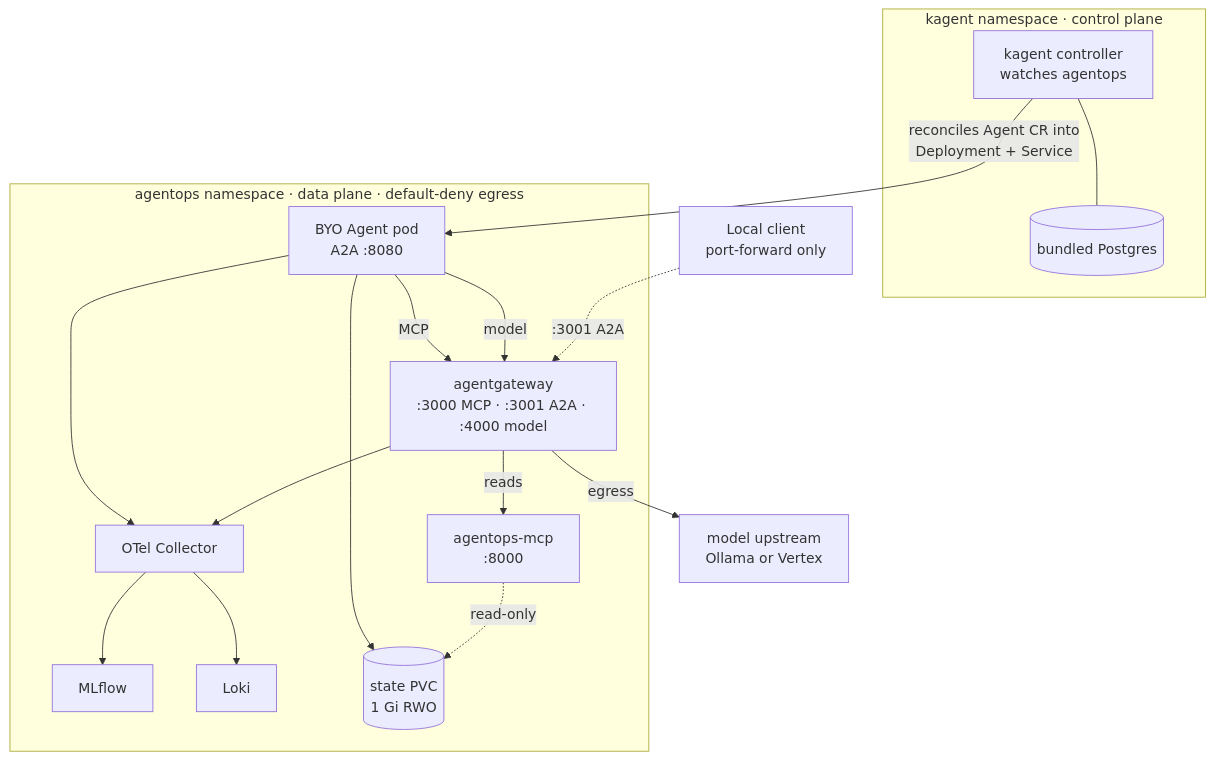
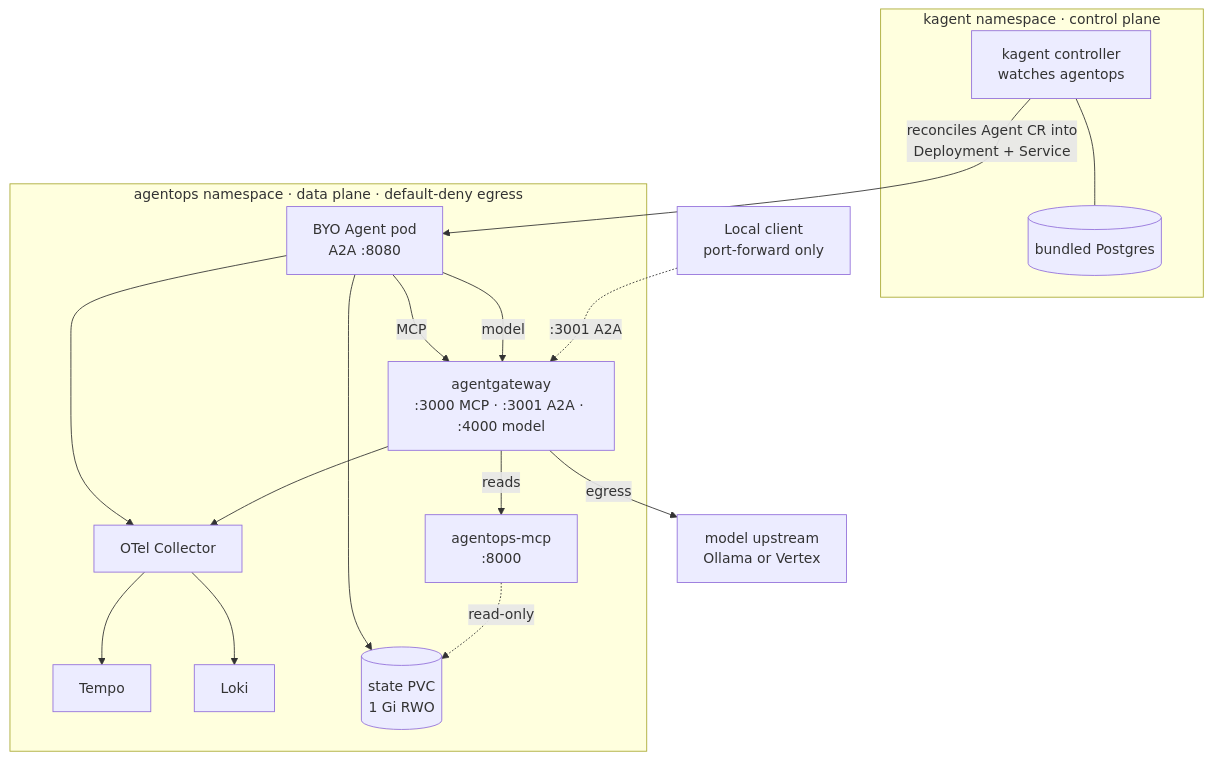
Before and after one commit to LuiGGi629/agentops-open-course: the second of 2 diagrams in content/6. Platform/6.0. Platform.md, drawn with Mermaid. The commit also changed other lines of this file and 88 other files, not shown here.

First line of the commit message:
refactor: send traces to Tempo and take MLflow out of the online path

````diff
--- a/content/6. Platform/6.0. Platform.md
+++ b/content/6. Platform/6.0. Platform.md
@@ -154,30 +154,30 @@
 ```mermaid
 flowchart TD
     Client["Local client<br/>port-forward only"]
     subgraph kagentns["kagent namespace · control plane"]
         Ctrl["kagent controller<br/>watches agentops"]
         PG[("bundled Postgres")]
         Ctrl --- PG
     end
     subgraph agentops["agentops namespace · data plane · default-deny egress"]
         Agent["BYO Agent pod<br/>A2A :8080"]
         GW["agentgateway<br/>:3000 MCP · :3001 A2A · :4000 model"]
         MCP["agentops-mcp<br/>:8000"]
         OTel["OTel Collector"]
-        MLflow["MLflow"]
+        Tempo["Tempo"]
         Loki["Loki"]
         State[("state PVC<br/>1 Gi RWO")]
         Agent -->|MCP| GW
         Agent -->|model| GW
         GW -->|reads| MCP
         Agent --> State
         MCP -.read-only.-> State
         Agent --> OTel
         GW --> OTel
-        OTel --> MLflow
+        OTel --> Tempo
         OTel --> Loki
     end
     Ctrl -->|reconciles Agent CR into<br/>Deployment + Service| Agent
     GW -->|egress| Model["model upstream<br/>Ollama or Vertex"]
     Client -.->|:3001 A2A| GW
 ```
````
